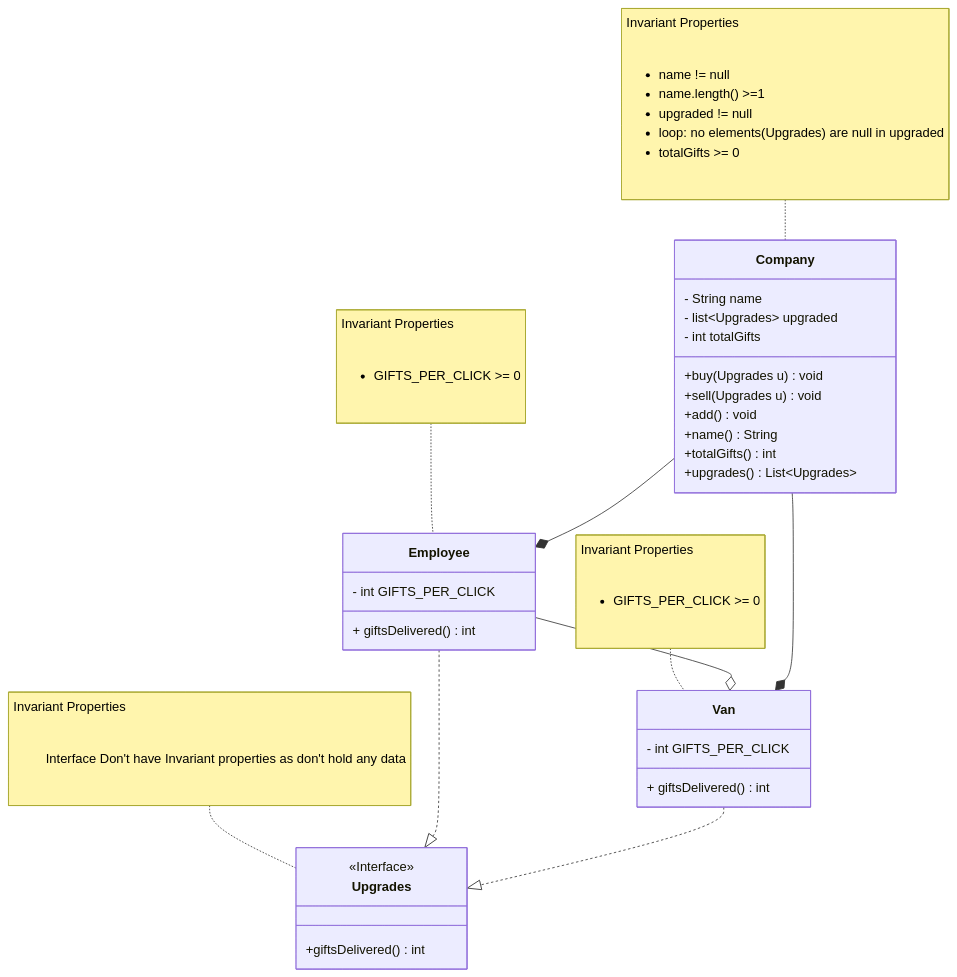
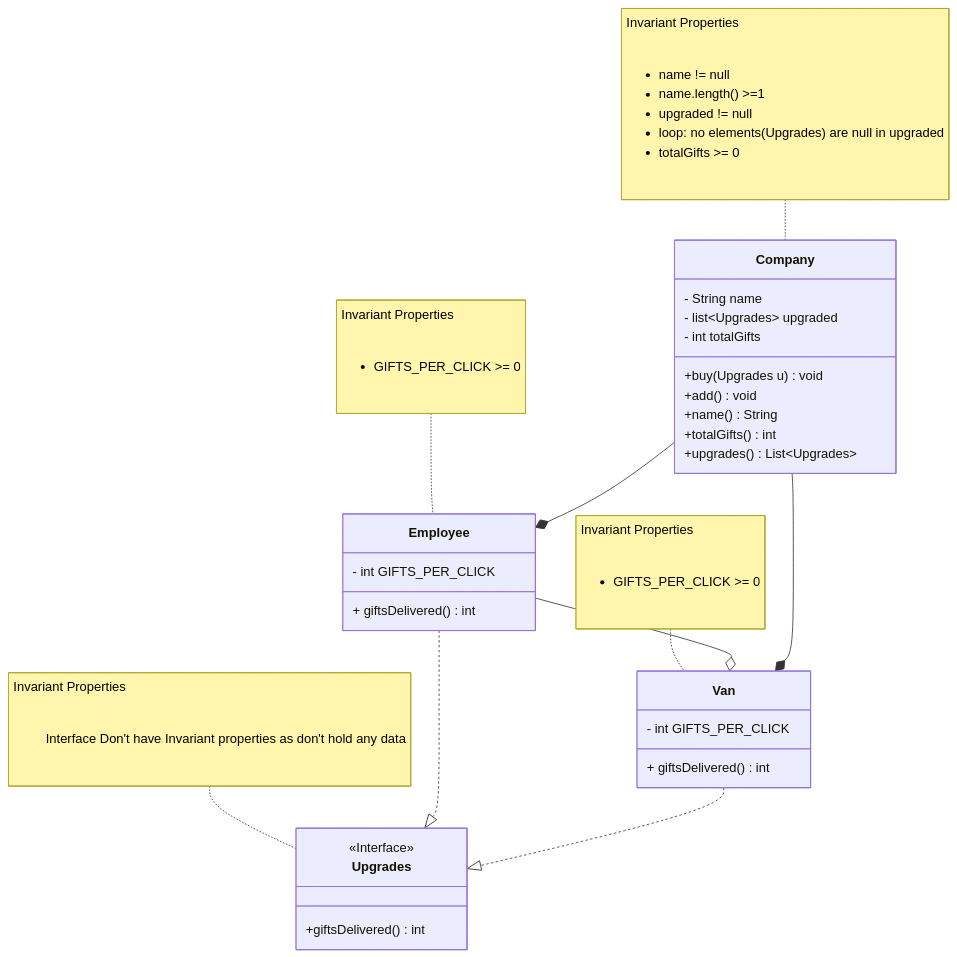
One commit to umangmehta0007/Clicker changed the diagram in domain.md. Above: the diagram before and after it, drawn with Mermaid. The commit also changed 2 other files, not shown here.

Commit message:
1. Adding the main file in class, which would clear up the web page we use to see

````diff
--- a/domain.md
+++ b/domain.md
@@ -9,71 +9,70 @@
 ```mermaid
 classDiagram
         
         note for Company "Invariant Properties
              <ul> 
                 <li> name != null
                 <li> name.length() >=1
                 <li>upgraded != null
                 <li> loop: no elements(Upgrades) are null in upgraded
                 <li> totalGifts >= 0
             </ul>
         "
     
     class Company{
         - String name
         - list~Upgrades~ upgraded
         - int totalGifts
         
         +buy(Upgrades u) void
-        +sell(Upgrades u) void
         +add() void 
+        %% this is more like a listener.
         
         %% adding gifts to total gifts depending on upgrades you have
-        
-        
+       
         %% should I introduce getters for now or not needed.
         +name() String
         +totalGifts() int
         +upgrades() List~Upgrades~
         
     }
     note for Upgrades "Invariant Properties
              <ul> 
                 Interface Don't have Invariant properties as don't hold any data
             </ul>
         "
         
     class Upgrades{
         <<Interface>>
         +giftsDelivered() int
     }
 
     note for Employee "Invariant Properties
              <ul> 
                 <li> GIFTS_PER_CLICK >= 0
             </ul>
         "
     class Employee{
         - int GIFTS_PER_CLICK
         + giftsDelivered() int
     }
     
     note for Van "Invariant Properties
              <ul> 
                 <li> GIFTS_PER_CLICK >= 0
             </ul>
         "
     class Van{
         - int GIFTS_PER_CLICK
         + giftsDelivered() int
     }
     
     Employee --o Van
 
     Company--* Employee
     Company--* Van
     
     
     Employee..|>Upgrades
     Van..|>Upgrades
 ```
````
